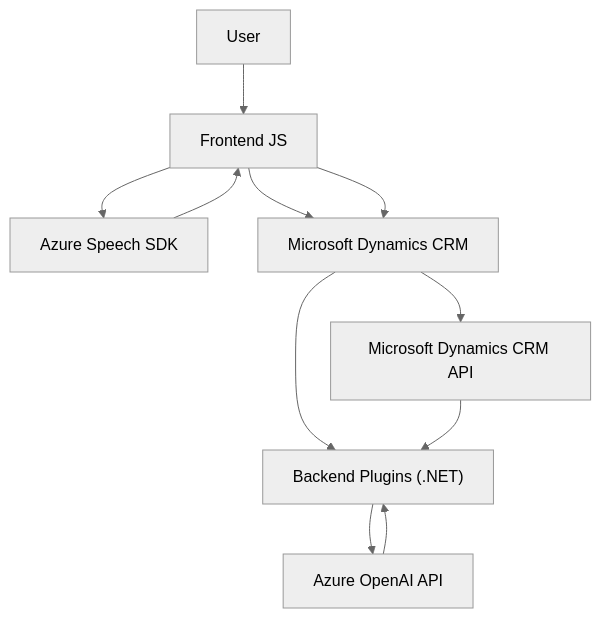
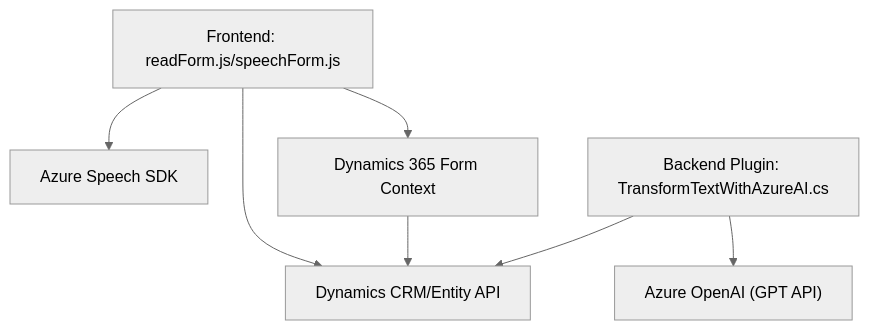
The diagram in README.md (blopezdm/NETCORE_BILBAO2025), drawn with Mermaid (neutral theme) before and after one commit. The commit also changed other lines of this file, not shown here.

````diff
--- a/README.md
+++ b/README.md
@@ -35,13 +46,16 @@
-```mermaid  
-graph TD  
-    A["User"] --> B["Frontend JS"]  
-    B --> C["Azure Speech SDK"]  
-    B --> D["Microsoft Dynamics CRM"]  
-    D --> E["Backend Plugins (.NET)"]  
-    E --> F["Azure OpenAI API"]  
-    D --> G["Microsoft Dynamics CRM API"]  
-    C --> B  
-    F --> E  
-    G --> E  
-    B --> D  
-```  
+```mermaid
+graph TD
+    A["Frontend: readForm.js/speechForm.js"]
+    B["Azure Speech SDK"]
+    C["Dynamics 365 Form Context"]
+    D["Backend Plugin: TransformTextWithAzureAI.cs"]
+    E["Azure OpenAI (GPT API)"]
+    F["Dynamics CRM/Entity API"]
+    
+    A --> B
+    A --> C
+    A --> F
+    C --> F
+    D --> E
+    D --> F
+```
````
